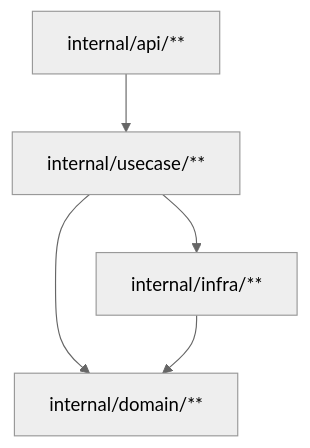
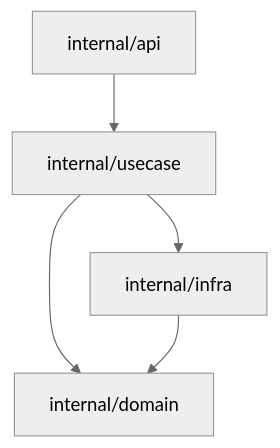
Before and after one commit to dariushalipour/baft: the diagram in README.md, drawn with Mermaid (neutral theme). The commit also changed other lines of this file and 25 other files, not shown here.

````diff
--- a/README.md
+++ b/README.md
@@ -67,12 +67,12 @@
 ```mermaid
 flowchart TD
-  api["internal/api/&ast;&ast;"]
-  usecase["internal/usecase/&ast;&ast;"]:::endophobic
-  domain["internal/domain/&ast;&ast;"]
-  infra["internal/infra/&ast;&ast;"]
+  api["internal/api"]
+  usecase["internal/usecase"]:::endophobic
+  domain["internal/domain"]
+  infra["internal/infra"]
 
   api --> usecase
   usecase --> domain
   usecase --> infra
   infra --> domain
 ```
````
